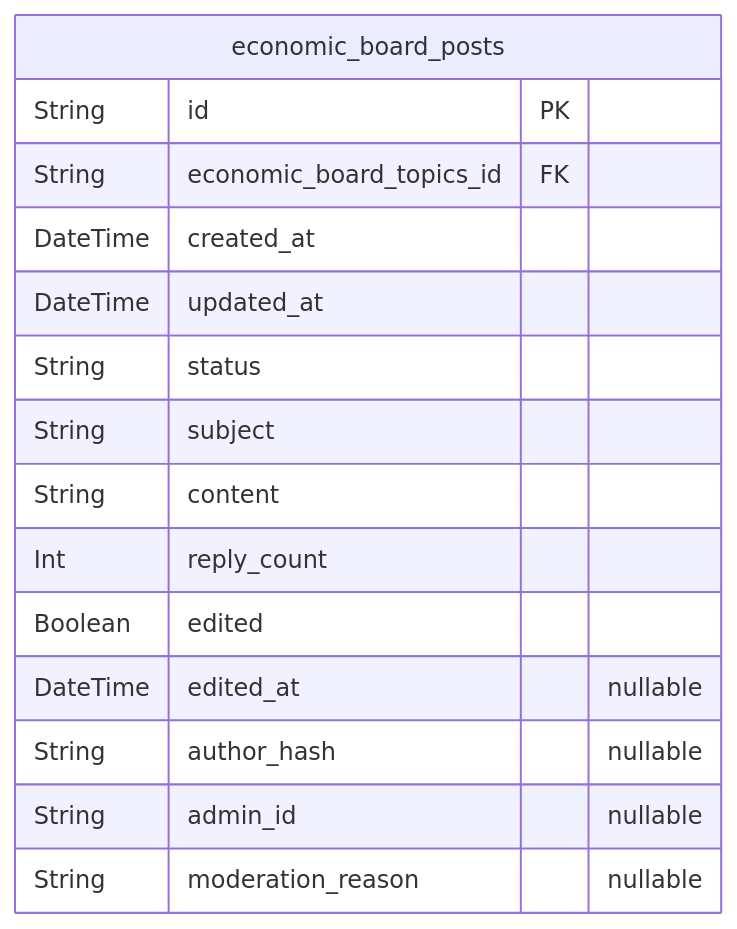
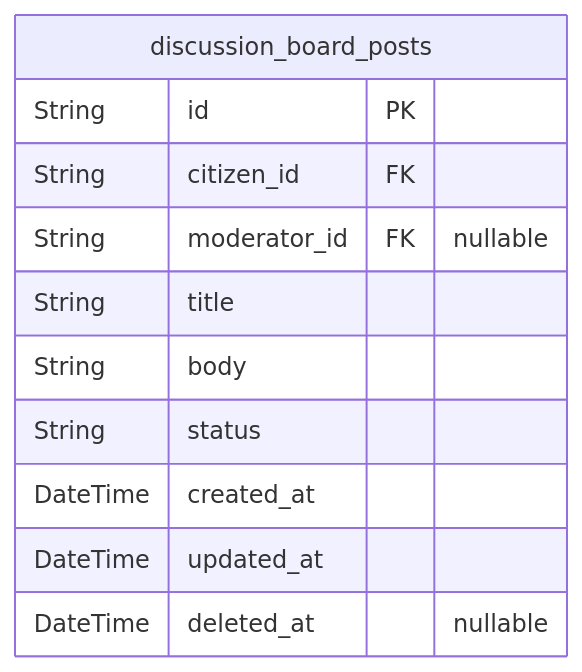
Before and after one commit to wrtnlabs/autobe-examples: the third of 7 diagrams in qwen/qwen3-next-80b-a3b-instruct/bbs/docs/ERD.md, drawn with Mermaid. The commit also changed other lines of this file and 16146 other files, not shown here.

````diff
--- a/qwen/qwen3-next-80b-a3b-instruct/bbs/docs/ERD.md
+++ b/qwen/qwen3-next-80b-a3b-instruct/bbs/docs/ERD.md
@@ -147,18 +199,14 @@
 ```mermaid
 erDiagram
-"economic_board_posts" {
+"discussion_board_posts" {
   String id PK
-  String economic_board_topics_id FK
+  String citizen_id FK
+  String moderator_id FK "nullable"
+  String title
+  String body
+  String status
   DateTime created_at
   DateTime updated_at
-  String status
-  String subject
-  String content
-  Int reply_count
-  Boolean edited
-  DateTime edited_at "nullable"
-  String author_hash "nullable"
-  String admin_id "nullable"
-  String moderation_reason "nullable"
+  DateTime deleted_at "nullable"
 }
 ```
````
